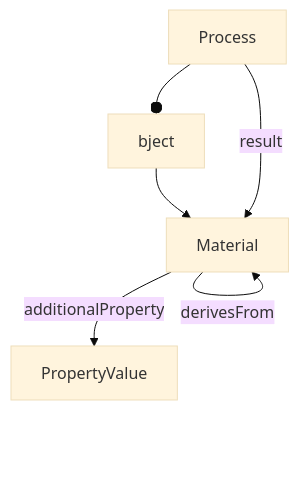
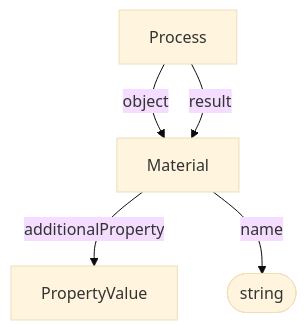
One commit to HLWeil/ProcessCore changed the diagram in spec/core/Material.md. Above: the diagram before and after it, drawn with Mermaid (base theme). The commit also changed other lines of this file and 8 other files, not shown here.

````diff
--- a/spec/core/Material.md
+++ b/spec/core/Material.md
@@ -22,7 +21,10 @@
 ```mermaid
 flowchart TD
-    Material --derivesFrom--> Material
+
+    na@{ shape: stadium, label: "string" }
+
+    Process --"object"--> Material
+    Process --result--> Material
     Material --additionalProperty--> PropertyValue
-    Process --object--> Material
-    Process --result--> Material
+    Material --name--> na
 ```
````
